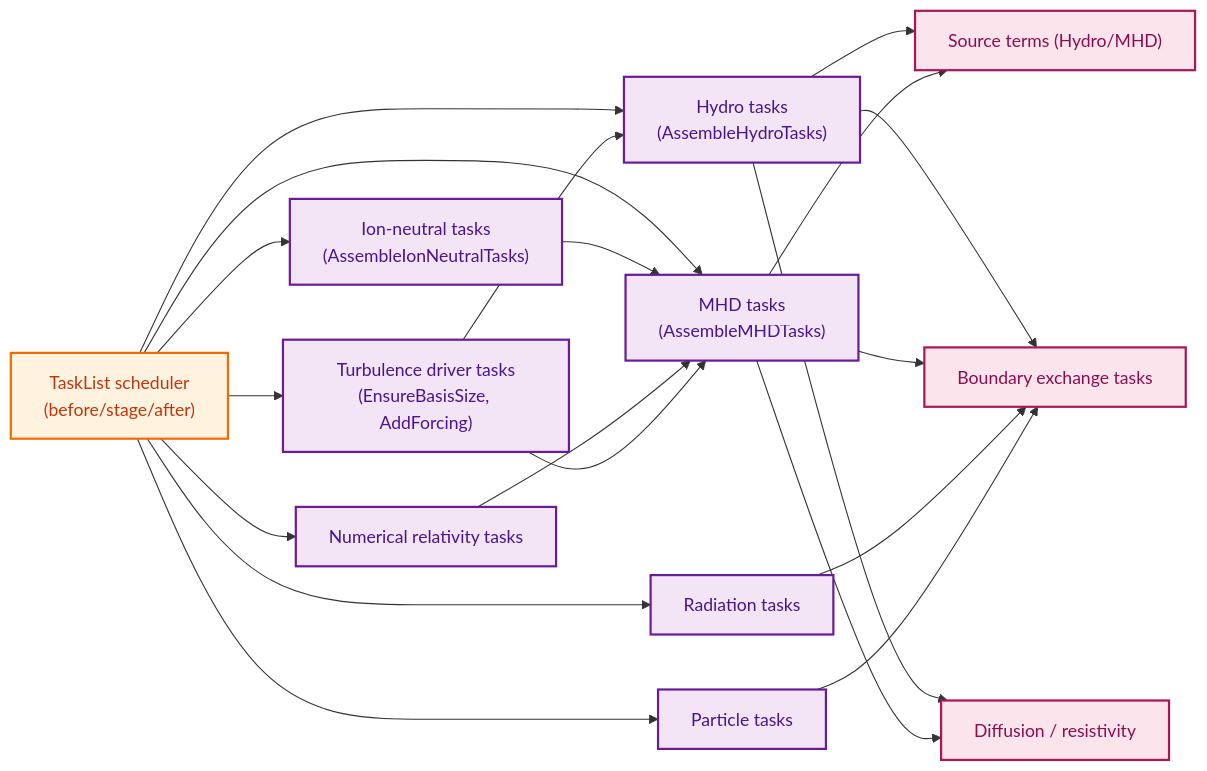
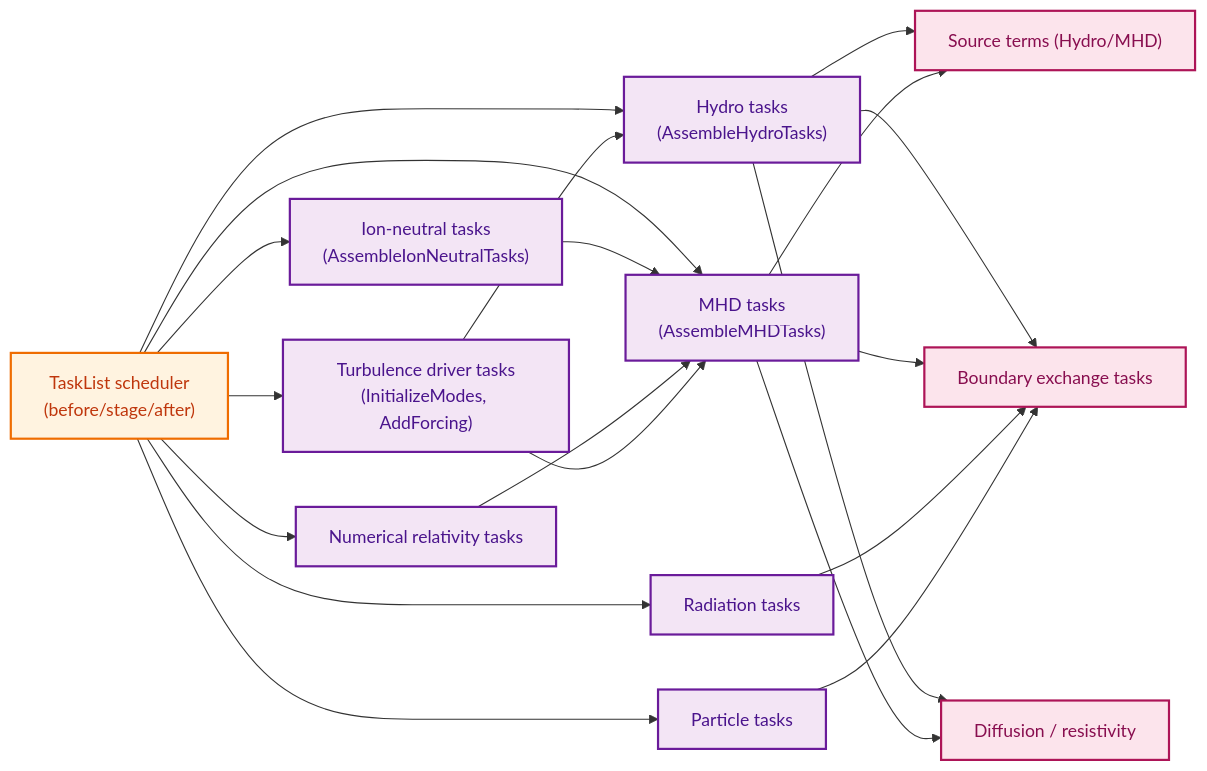
One commit to dfielding14/athenak changed the second of 3 diagrams in docs/source/flowcharts/system_architecture.md. Above: the diagram before and after it, drawn with Mermaid. The commit also changed other lines of this file and 56 other files, not shown here.

````diff
--- a/docs/source/flowcharts/system_architecture.md
+++ b/docs/source/flowcharts/system_architecture.md
@@ -143,54 +148,54 @@
 ```{mermaid}
 flowchart LR
     classDef core fill:#fff3e0,stroke:#ef6c00,stroke-width:2px,color:#bf360c;
     classDef phys fill:#f3e5f5,stroke:#6a1b9a,stroke-width:2px,color:#4a148c;
     classDef support fill:#fce4ec,stroke:#ad1457,stroke-width:2px,color:#880e4f;
 
     TL["TaskList scheduler\n(before/stage/after)"]:::core
     HYDRO_TASKS["Hydro tasks\n(AssembleHydroTasks)"]:::phys
     MHD_TASKS["MHD tasks\n(AssembleMHDTasks)"]:::phys
     ION_TASKS["Ion-neutral tasks\n(AssembleIonNeutralTasks)"]:::phys
     RAD_TASKS["Radiation tasks"]:::phys
     NUMREL["Numerical relativity tasks"]:::phys
     PART["Particle tasks"]:::phys
-    TURB_TASKS["Turbulence driver tasks\n(EnsureBasisSize, AddForcing)"]:::phys
+    TURB_TASKS["Turbulence driver tasks\n(InitializeModes, AddForcing)"]:::phys
 
     BVAL_TASKS["Boundary exchange tasks"]:::support
     DIFF_TASKS["Diffusion / resistivity"]:::support
     SRC_TASKS["Source terms (Hydro/MHD)"]:::support
 
     TL --> HYDRO_TASKS
     TL --> MHD_TASKS
     TL --> ION_TASKS
     TL --> RAD_TASKS
     TL --> NUMREL
     TL --> PART
     TL --> TURB_TASKS
     HYDRO_TASKS --> SRC_TASKS
     HYDRO_TASKS --> BVAL_TASKS
     HYDRO_TASKS --> DIFF_TASKS
     MHD_TASKS --> SRC_TASKS
     MHD_TASKS --> BVAL_TASKS
     MHD_TASKS --> DIFF_TASKS
     ION_TASKS --> MHD_TASKS
     NUMREL --> MHD_TASKS
     RAD_TASKS --> BVAL_TASKS
     PART --> BVAL_TASKS
     TURB_TASKS --> HYDRO_TASKS
     TURB_TASKS --> MHD_TASKS
 
     class HYDRO_TASKS,MHD_TASKS,ION_TASKS,RAD_TASKS,NUMREL,PART,TURB_TASKS phys
     class BVAL_TASKS,DIFF_TASKS,SRC_TASKS support
 
     click TL "../modules/tasklist.html"
     click HYDRO_TASKS "../modules/hydro.html"
     click MHD_TASKS "../modules/mhd.html"
     click ION_TASKS "../modules/ion_neutral.html"
     click RAD_TASKS "../modules/radiation.html"
     click NUMREL "../modules/dyn_grmhd.html"
     click PART "../modules/particles.html"
     click TURB_TASKS "../modules/srcterms.html#turbulence-driver"
     click BVAL_TASKS "../modules/boundaries.html"
     click DIFF_TASKS "../modules/diffusion.html"
     click SRC_TASKS "../modules/srcterms.html"
 ```
````
